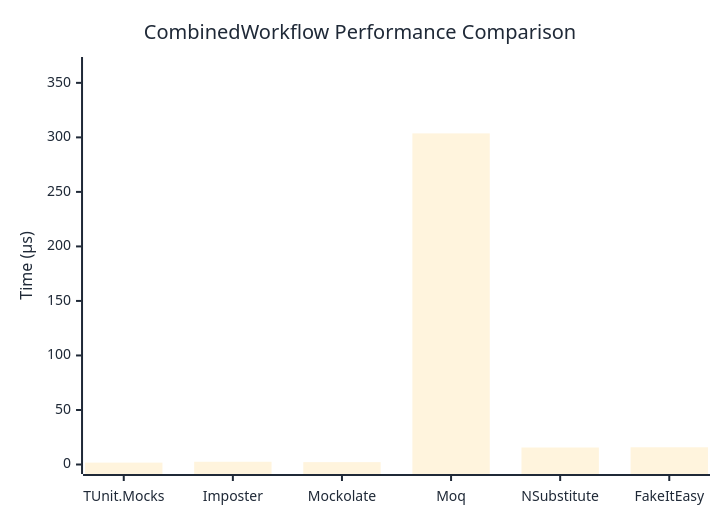
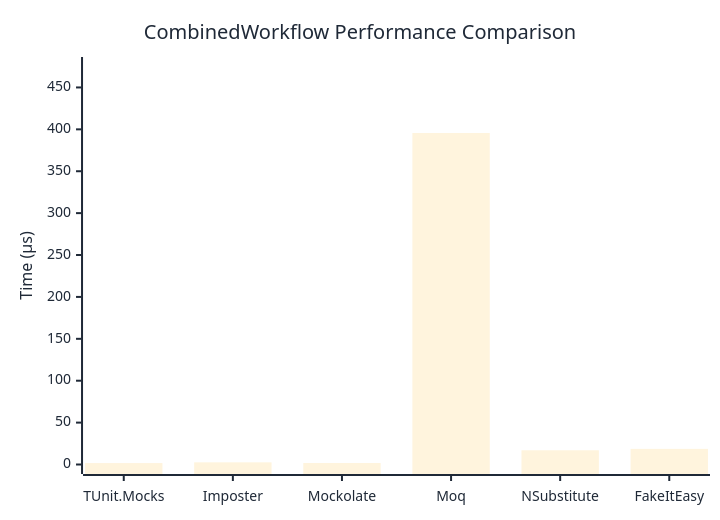
Before and after one commit to thomhurst/TUnit: the diagram in docs/docs/benchmarks/mocks/CombinedWorkflow.md, drawn with Mermaid. The commit also changed other lines of this file and 14 other files, not shown here.

````diff
--- a/docs/docs/benchmarks/mocks/CombinedWorkflow.md
+++ b/docs/docs/benchmarks/mocks/CombinedWorkflow.md
@@ -28,27 +28,27 @@
 ```mermaid
 %%{init: {
   'theme':'base',
   'themeVariables': {
     'primaryColor': '#2563eb',
     'primaryTextColor': '#1f2937',
     'primaryBorderColor': '#1e40af',
     'lineColor': '#6b7280',
     'secondaryColor': '#7c3aed',
     'tertiaryColor': '#dc2626',
     'background': '#ffffff',
     'pie1': '#2563eb',
     'pie2': '#7c3aed',
     'pie3': '#dc2626',
     'pie4': '#f59e0b',
     'pie5': '#10b981',
     'pie6': '#06b6d4',
     'pie7': '#ec4899',
     'pie8': '#6366f1'
   }
 }}%%
 xychart-beta
   title "CombinedWorkflow Performance Comparison"
   x-axis ["TUnit.Mocks", "Imposter", "Mockolate", "Moq", "NSubstitute", "FakeItEasy"]
-  y-axis "Time (μs)" 0 --> 365
-  bar [1.733, 2.519, 2.162, 303.652, 15.583, 15.787]
+  y-axis "Time (μs)" 0 --> 475
+  bar [1.702, 2.578, 1.763, 395.637, 16.965, 18.664]
 ```
````
